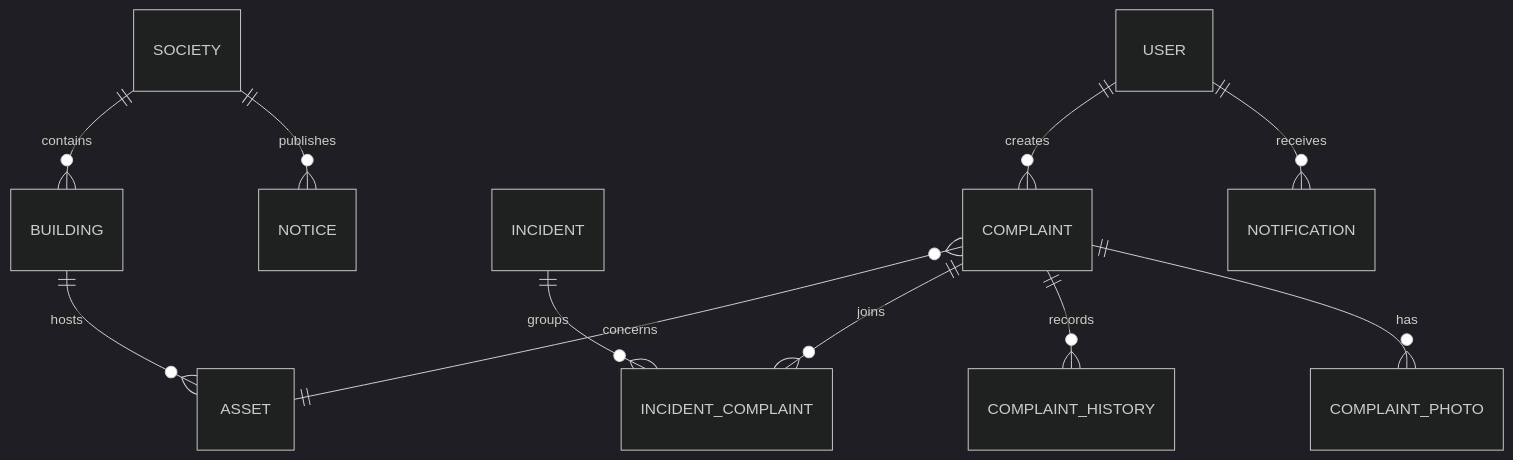
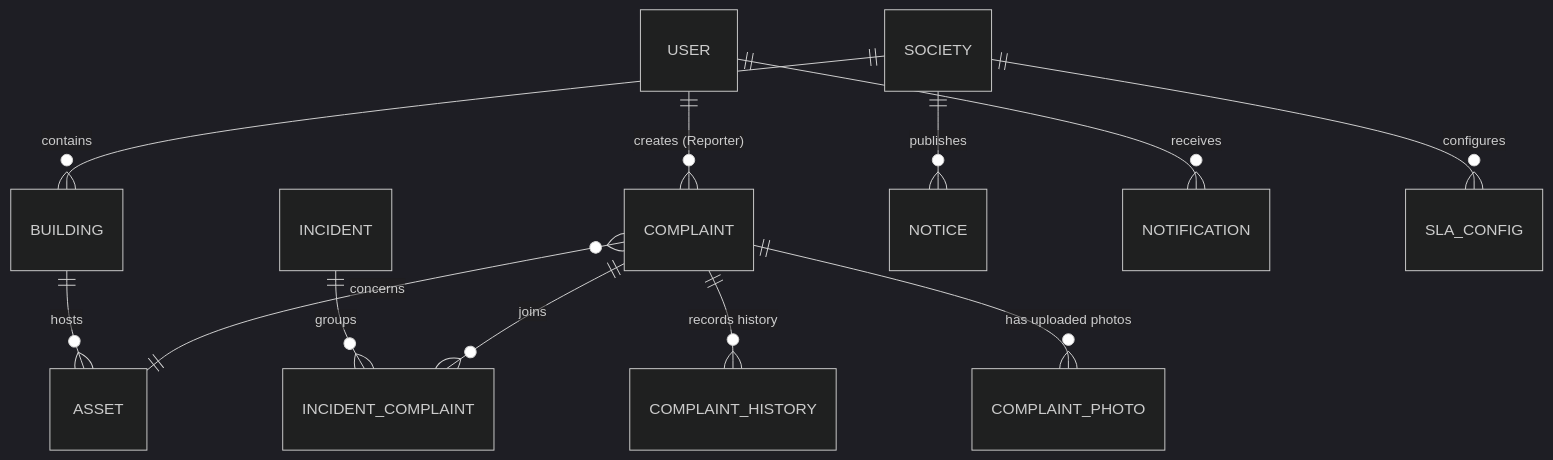
One commit to shubhamsen005/SocietyMaintenanceTracker changed the second of 3 diagrams in README.md. Above: the diagram before and after it, drawn with Mermaid (dark theme). The commit also changed other lines of this file, not shown here.

Commit message:
Update README with detailed architecture, flowcharts, API endpoints, and live hosted link

````diff
--- a/README.md
+++ b/README.md
@@ -38,13 +71,14 @@
 ```mermaid
 erDiagram
- USER ||--o{ COMPLAINT : creates
- SOCIETY ||--o{ BUILDING : contains
- BUILDING ||--o{ ASSET : hosts
- COMPLAINT }o--|| ASSET : concerns
- INCIDENT ||--o{ INCIDENT_COMPLAINT : groups
- COMPLAINT ||--o{ INCIDENT_COMPLAINT : joins
- COMPLAINT ||--o{ COMPLAINT_HISTORY : records
- COMPLAINT ||--o{ COMPLAINT_PHOTO : has
- SOCIETY ||--o{ NOTICE : publishes
- USER ||--o{ NOTIFICATION : receives
+ USER ||--o{ COMPLAINT : "creates (Reporter)"
+ SOCIETY ||--o{ BUILDING : "contains"
+ BUILDING ||--o{ ASSET : "hosts"
+ COMPLAINT }o--|| ASSET : "concerns"
+ INCIDENT ||--o{ INCIDENT_COMPLAINT : "groups"
+ COMPLAINT ||--o{ INCIDENT_COMPLAINT : "joins"
+ COMPLAINT ||--o{ COMPLAINT_HISTORY : "records history"
+ COMPLAINT ||--o{ COMPLAINT_PHOTO : "has uploaded photos"
+ SOCIETY ||--o{ NOTICE : "publishes"
+ USER ||--o{ NOTIFICATION : "receives"
+ SOCIETY ||--o{ SLA_CONFIG : "configures"
 ```
````
